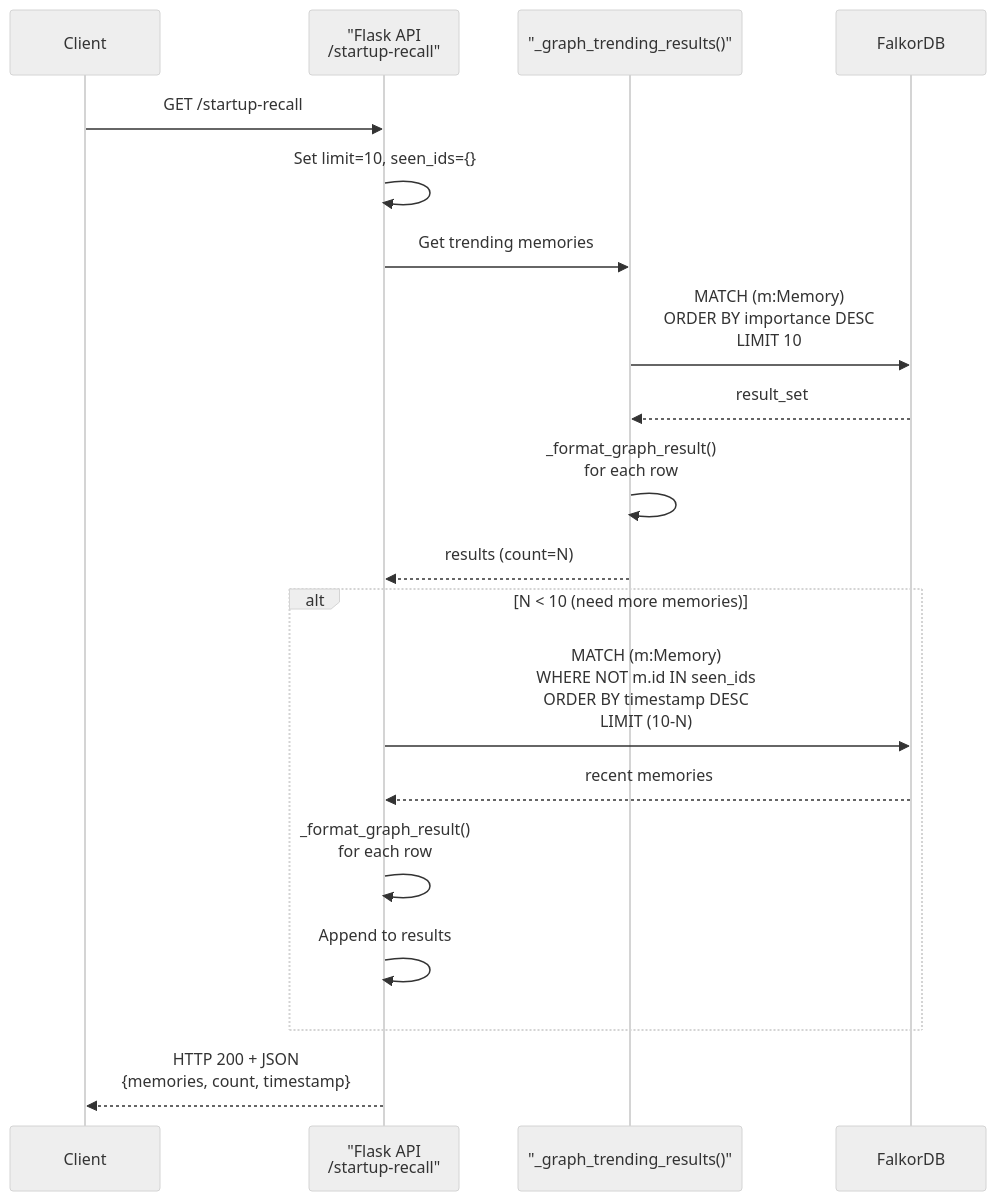
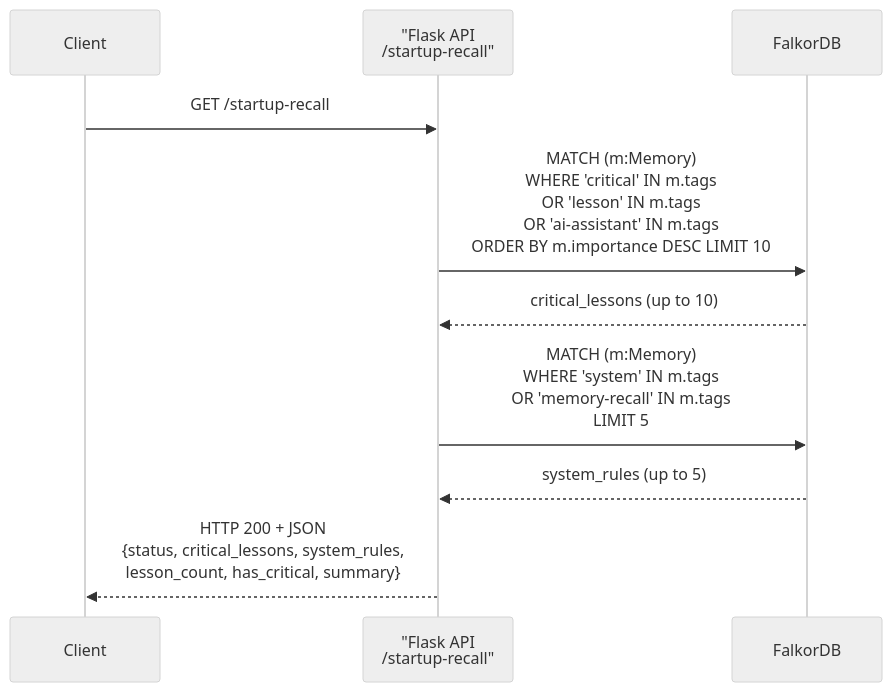
The third of 4 diagrams in src/content/docs/docs/reference/api/health.md (verygoodplugins/automem-website), drawn with Mermaid (neutral theme) before and after one commit. The commit also changed other lines of this file, not shown here.

````diff
--- a/src/content/docs/docs/reference/api/health.md
+++ b/src/content/docs/docs/reference/api/health.md
@@ -296,25 +276,16 @@
 ```mermaid
 sequenceDiagram
     participant Client
     participant Flask as "Flask API<br/>/startup-recall"
-    participant TrendingFn as "_graph_trending_results()"
     participant FalkorDB
 
     Client->>Flask: GET /startup-recall
-    Flask->>Flask: Set limit=10, seen_ids={}
 
-    Flask->>TrendingFn: Get trending memories
-    TrendingFn->>FalkorDB: MATCH (m:Memory)<br/>ORDER BY importance DESC<br/>LIMIT 10
-    FalkorDB-->>TrendingFn: result_set
-    TrendingFn->>TrendingFn: _format_graph_result()<br/>for each row
-    TrendingFn-->>Flask: results (count=N)
+    Flask->>FalkorDB: MATCH (m:Memory)<br/>WHERE 'critical' IN m.tags<br/>OR 'lesson' IN m.tags<br/>OR 'ai-assistant' IN m.tags<br/>ORDER BY m.importance DESC LIMIT 10
+    FalkorDB-->>Flask: critical_lessons (up to 10)
 
-    alt N < 10 (need more memories)
-        Flask->>FalkorDB: MATCH (m:Memory)<br/>WHERE NOT m.id IN seen_ids<br/>ORDER BY timestamp DESC<br/>LIMIT (10-N)
-        FalkorDB-->>Flask: recent memories
-        Flask->>Flask: _format_graph_result()<br/>for each row
-        Flask->>Flask: Append to results
-    end
+    Flask->>FalkorDB: MATCH (m:Memory)<br/>WHERE 'system' IN m.tags<br/>OR 'memory-recall' IN m.tags<br/>LIMIT 5
+    FalkorDB-->>Flask: system_rules (up to 5)
 
-    Flask-->>Client: HTTP 200 + JSON<br/>{memories, count, timestamp}
+    Flask-->>Client: HTTP 200 + JSON<br/>{status, critical_lessons, system_rules,<br/>lesson_count, has_critical, summary}
 ```
````
